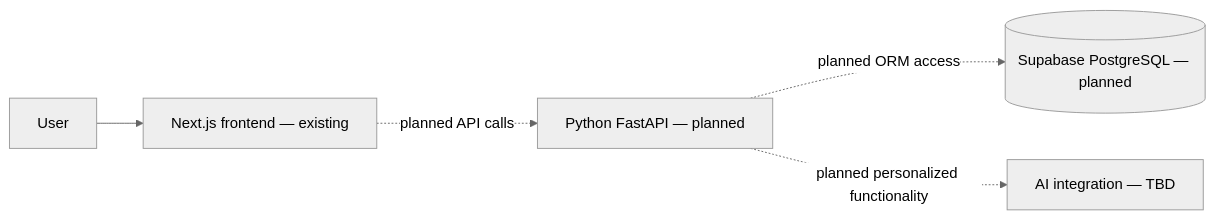
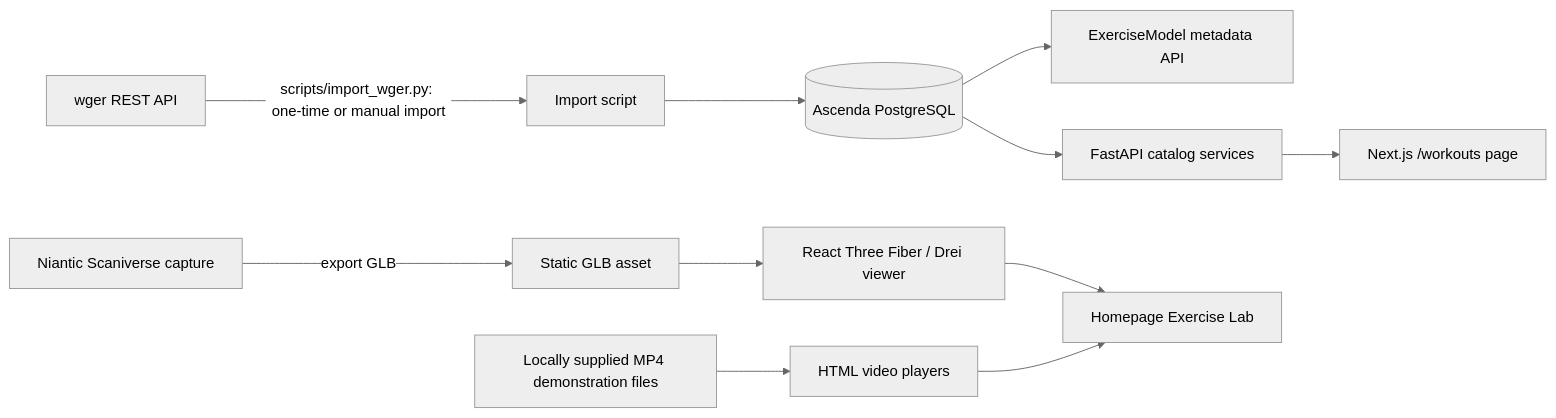
One commit to SFSU-CSC648-TeamOne/SFSU-csc648-06-Fall26-team01 changed the third of 3 diagrams in milestones/m2/architecture.md. Above: the diagram before and after it, drawn with Mermaid (neutral theme). The commit also changed other lines of this file and 1 other file, not shown here.

Commit message:
Updated archtecture and high-lvl-uml to reflect recent changes to repo.

````diff
--- a/milestones/m2/architecture.md
+++ b/milestones/m2/architecture.md
@@ -36,7 +120,13 @@
 ```mermaid
 flowchart LR
-  User[User] --> UI[Next.js frontend — existing]
-  UI -.->|planned API calls| API[Python FastAPI — planned]
-  API -.->|planned ORM access| DB[(Supabase PostgreSQL — planned)]
-  API -.->|planned personalized functionality| AI[AI integration — TBD]
+    Wger[wger REST API] -->|scripts/import_wger.py: one-time or manual import| Import[Import script]
+    Import --> DB[(Ascenda PostgreSQL)]
+    DB --> API[FastAPI catalog services]
+    API --> UI[Next.js /workouts page]
+    Scan[Niantic Scaniverse capture] -->|export GLB| GLB[Static GLB asset]
+    GLB --> Viewer[React Three Fiber / Drei viewer]
+    Videos[Locally supplied MP4 demonstration files] --> Player[HTML video players]
+    Viewer --> Lab[Homepage Exercise Lab]
+    Player --> Lab
+    DB --> Meta[ExerciseModel metadata API]
 ```
````
